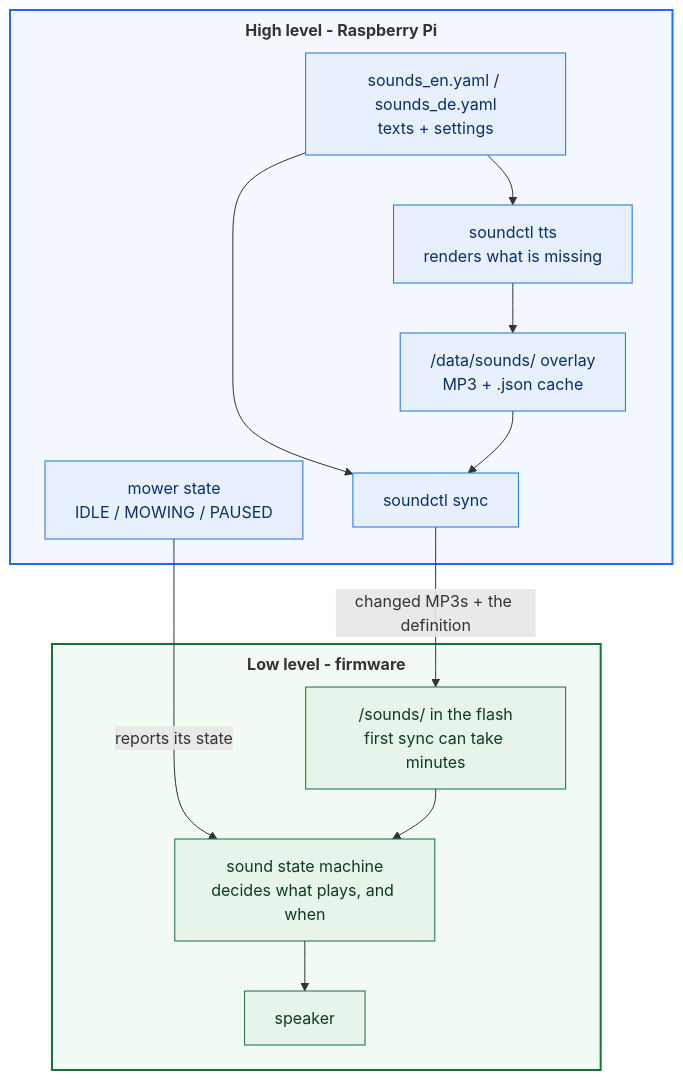
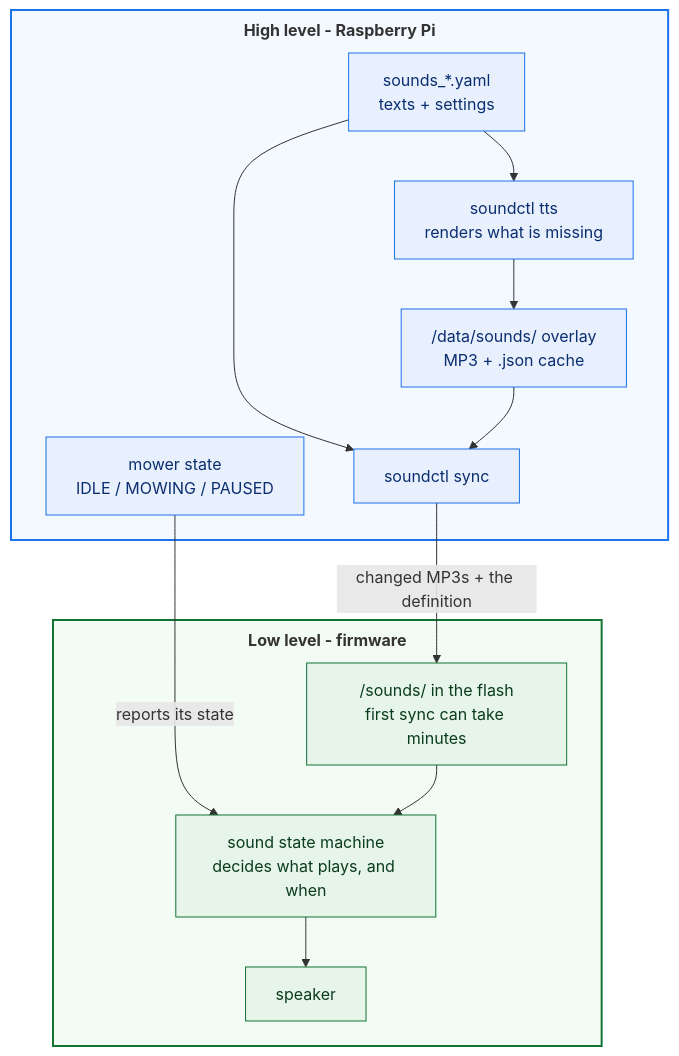
The diagram in content/en/docs/Knowledge-Base/configuration/sound/index.md (ClemensElflein/openmower.de), drawn with Mermaid before and after one commit. The commit also changed other lines of this file and 1 other file, not shown here.

````diff
--- a/content/en/docs/Knowledge-Base/configuration/sound/index.md
+++ b/content/en/docs/Knowledge-Base/configuration/sound/index.md
@@ -43,30 +43,30 @@
 ```mermaid
 %%{init: {"flowchart": {"subGraphTitleMargin": {"top": 8, "bottom": 10}}}}%%
 flowchart TD
     subgraph HL["<b>High level - Raspberry Pi</b>"]
-        Y["sounds_en.yaml / sounds_de.yaml<br/>texts + settings"]
+        Y["sounds_*.yaml<br/>texts + settings"]
         T["soundctl tts<br/>renders what is missing"]
         O["/data/sounds/ overlay<br/>MP3 + .json cache"]
         S["soundctl sync"]
         R["mower state<br/>IDLE / MOWING / PAUSED"]
     end
     subgraph LL["<b>Low level - firmware</b>"]
         F["/sounds/ in the flash<br/>first sync can take minutes"]
         M["sound state machine<br/>decides what plays, and when"]
         P["speaker"]
     end
     Y --> T
     T --> O
     Y --> S
     O --> S
     S -->|"changed MP3s + the definition"| F
     R -->|"reports its state"| M
     F --> M
     M --> P
     classDef hl fill:#e8f0fe,stroke:#1a73e8,color:#0b2e6f
     classDef ll fill:#e6f4ea,stroke:#137333,color:#0b3d1c
     class Y,T,O,S,R hl
     class F,M,P ll
     style HL fill:#f4f8ff,stroke:#1a73e8,stroke-width:2px
     style LL fill:#f3fbf5,stroke:#137333,stroke-width:2px
 ```
````
